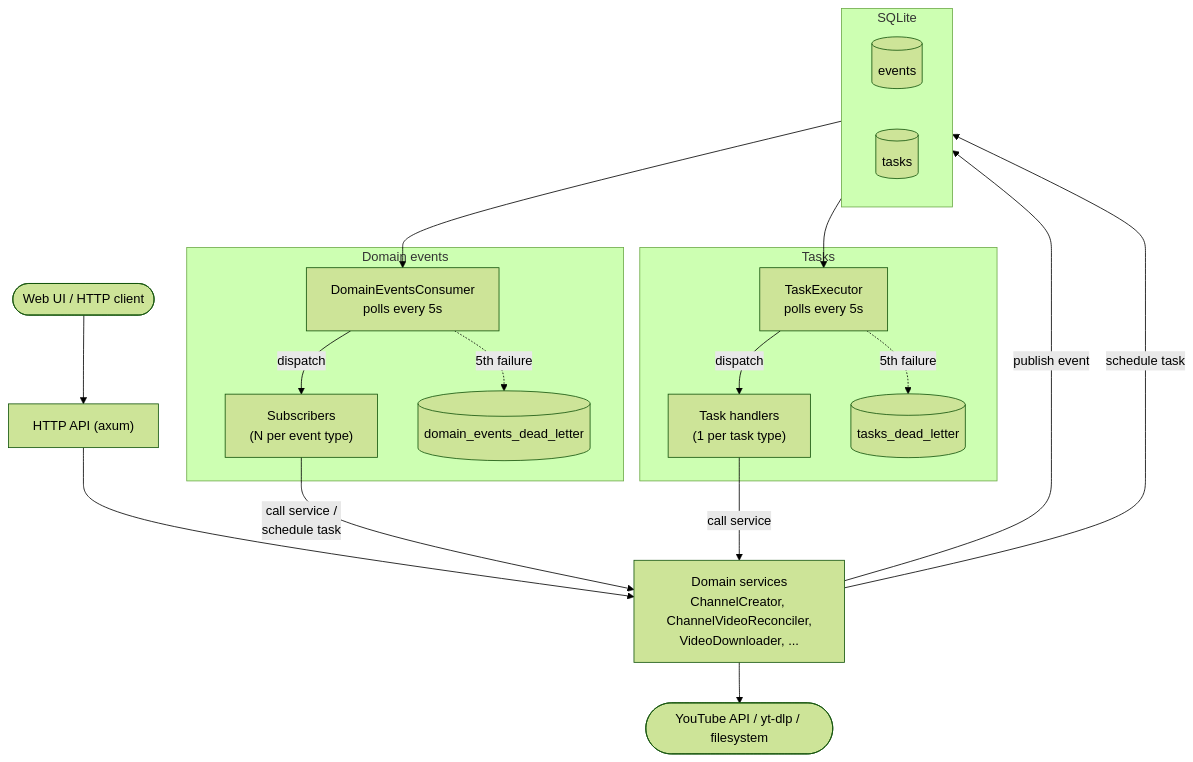
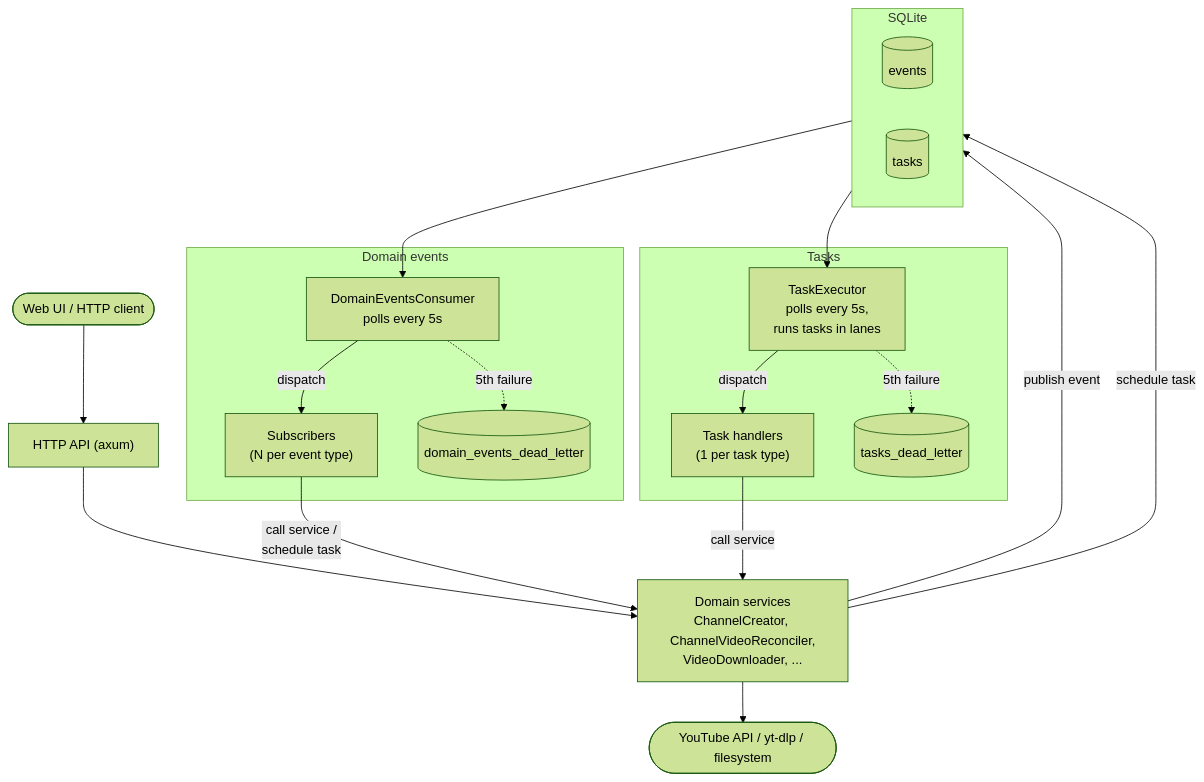
One commit to jason-s13r/yarrtube changed the first of 3 diagrams in doc/ARCHITECTURE.md. Above: the diagram before and after it, drawn with Mermaid (forest theme). The commit also changed other lines of this file and 60 other files, not shown here.

First line of the commit message:
Fetch thumbnails asynchronously and run tasks in parallel lanes (#60)

````diff
--- a/doc/ARCHITECTURE.md
+++ b/doc/ARCHITECTURE.md
@@ -24,38 +25,38 @@
 ```mermaid
 flowchart TB
     client(["Web UI / HTTP client"])
     api["HTTP API (axum)"]
     services["Domain services<br/>ChannelCreator, ChannelVideoReconciler,<br/>VideoDownloader, ..."]
     external(["YouTube API / yt-dlp / filesystem"])
 
     subgraph db["SQLite"]
         direction LR
         events[("events")]
         tasks[("tasks")]
     end
 
     subgraph events_side["Domain events"]
         consumer["DomainEventsConsumer<br/>polls every 5s"]
         subscribers["Subscribers<br/>(N per event type)"]
         events_dl[("domain_events_dead_letter")]
     end
 
     subgraph tasks_side["Tasks"]
-        executor["TaskExecutor<br/>polls every 5s"]
+        executor["TaskExecutor<br/>polls every 5s,<br/>runs tasks in lanes"]
         handlers["Task handlers<br/>(1 per task type)"]
         tasks_dl[("tasks_dead_letter")]
     end
 
     client --> api --> services
     services --> external
     services -- "publish event" --> events
     services -- "schedule task" --> tasks
 
     events --> consumer -- "dispatch" --> subscribers
     consumer -. "5th failure" .-> events_dl
     tasks --> executor -- "dispatch" --> handlers
     executor -. "5th failure" .-> tasks_dl
 
     subscribers -- "call service /<br/>schedule task" --> services
     handlers -- "call service" --> services
 ```
````
